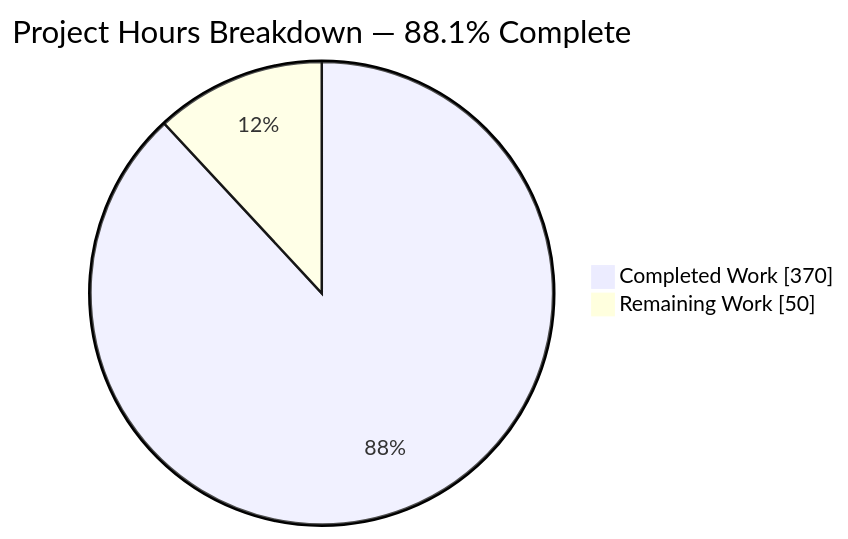
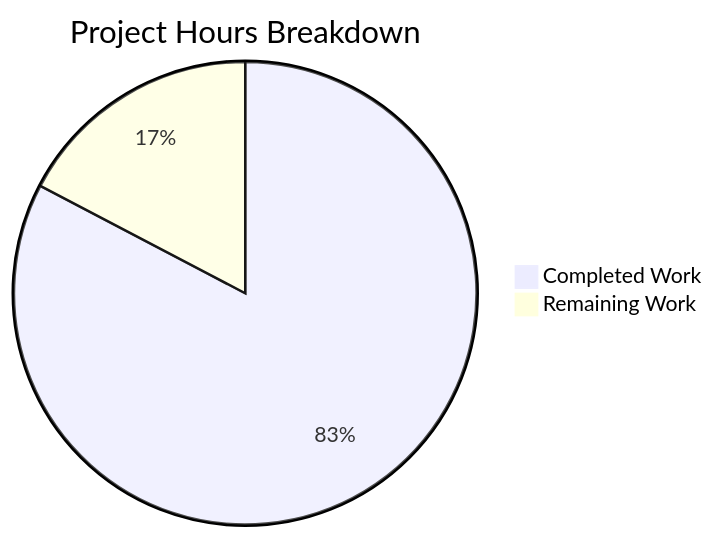
The second of 3 diagrams in blitzy/documentation/Project Guide.md (Blitzy-Sandbox/blitzy-wordpress), drawn with Mermaid before and after one commit. The commit also changed other lines of this file, not shown here.

Commit message:
Adding Blitzy Project Guide: Project Status and Human Tasks Remaining

````diff
--- a/blitzy/documentation/Project Guide.md
+++ b/blitzy/documentation/Project Guide.md
@@ -274,6 +236,5 @@
 ```mermaid
-pie showData
-    title Project Hours Breakdown — 88.1% Complete
-    "Completed Work" : 370
-    "Remaining Work" : 50
+pie title Project Hours Breakdown
+    "Completed Work" : 210
+    "Remaining Work" : 44
 ```
````
